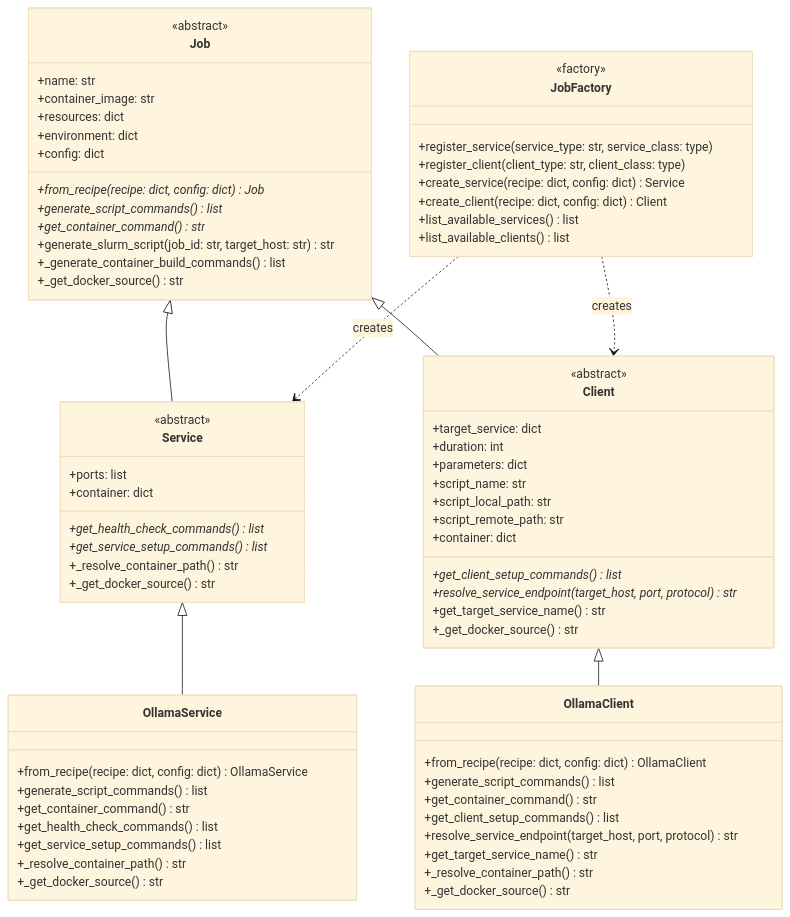
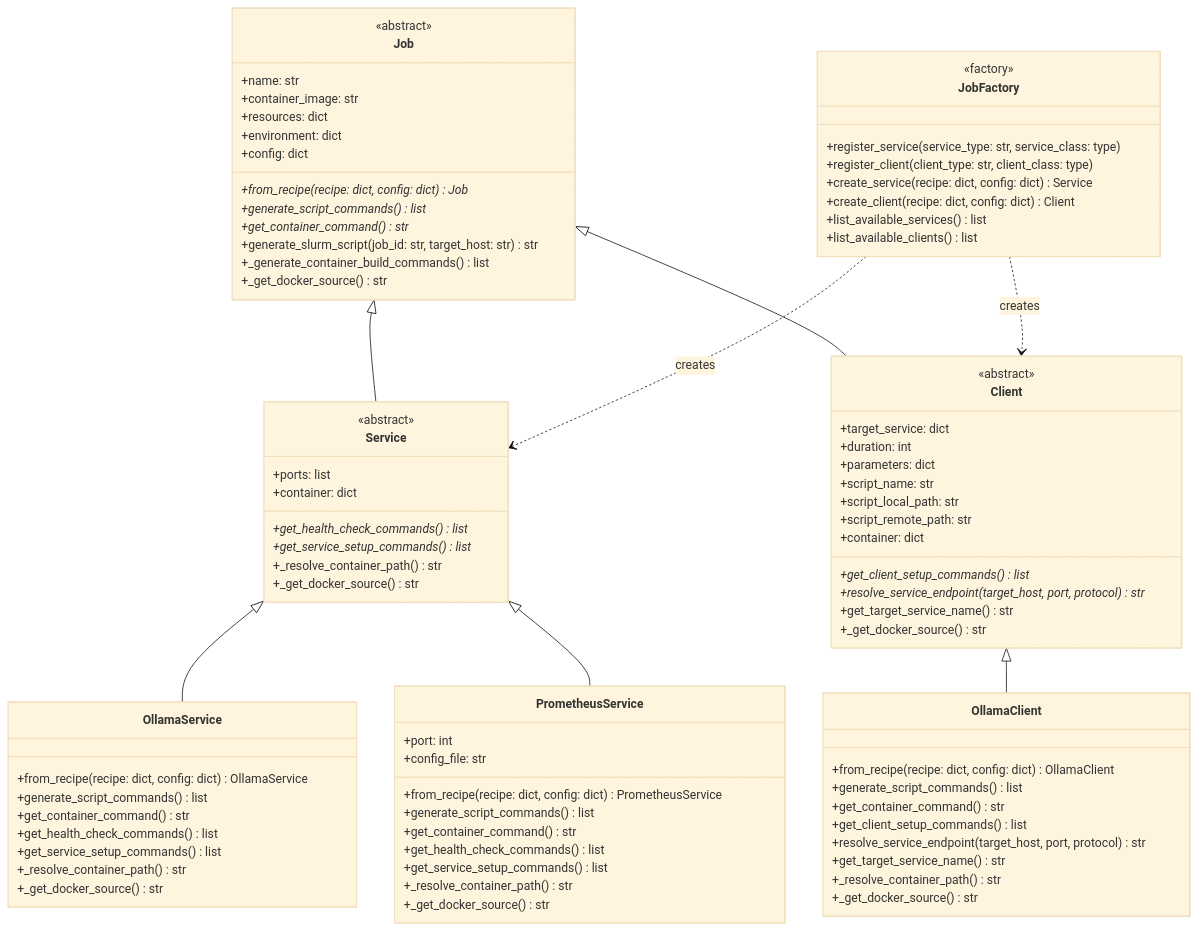
One commit to ChrisKarg/team10_EUMASTER4HPC2526_challenge changed the second of 8 diagrams in docs/ARCHITECTURE_DOCUMENTATION.md. Above: the diagram before and after it, drawn with Mermaid (base theme). The commit also changed other lines of this file and 11 other files, not shown here.

Commit message:
Added basic Prometheus service to monitor other services

```diff
--- a/docs/ARCHITECTURE_DOCUMENTATION.md
+++ b/docs/ARCHITECTURE_DOCUMENTATION.md
@@ -102,6 +105,18 @@
         +_get_docker_source() str
     }
     
+    class PrometheusService {
+        +port: int
+        +config_file: str
+        +from_recipe(recipe: dict, config: dict) PrometheusService
+        +generate_script_commands() list
+        +get_container_command() str
+        +get_health_check_commands() list
+        +get_service_setup_commands() list
+        +_resolve_container_path() str
+        +_get_docker_source() str
+    }
+    
     class OllamaClient {
         +from_recipe(recipe: dict, config: dict) OllamaClient
         +generate_script_commands() list
@@ -128,6 +143,7 @@
     Job <|-- Service
     Job <|-- Client
     Service <|-- OllamaService
+    Service <|-- PrometheusService
     Client <|-- OllamaClient
     JobFactory ..> Service : creates
     JobFactory ..> Client : creates
```
